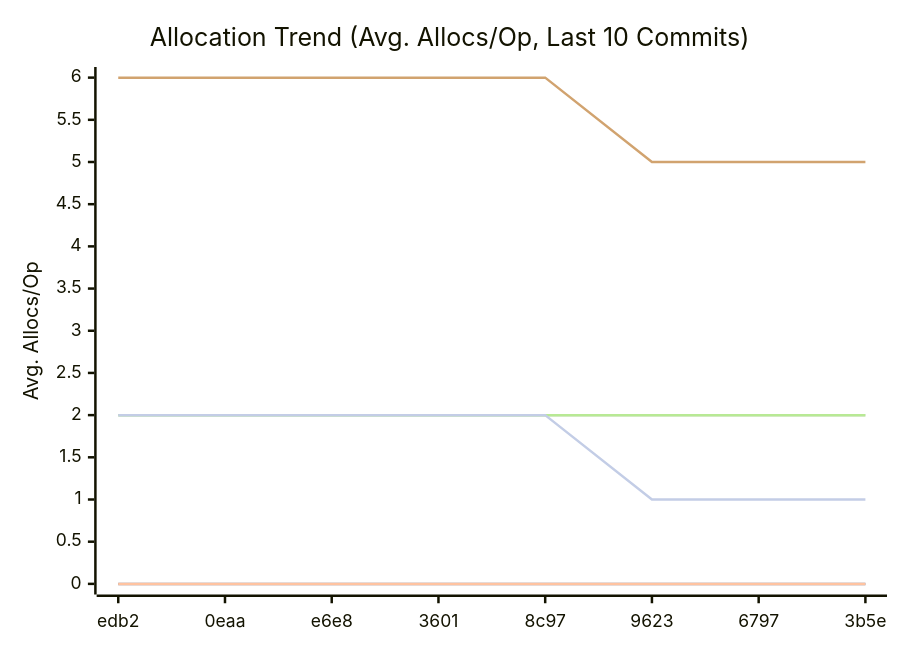
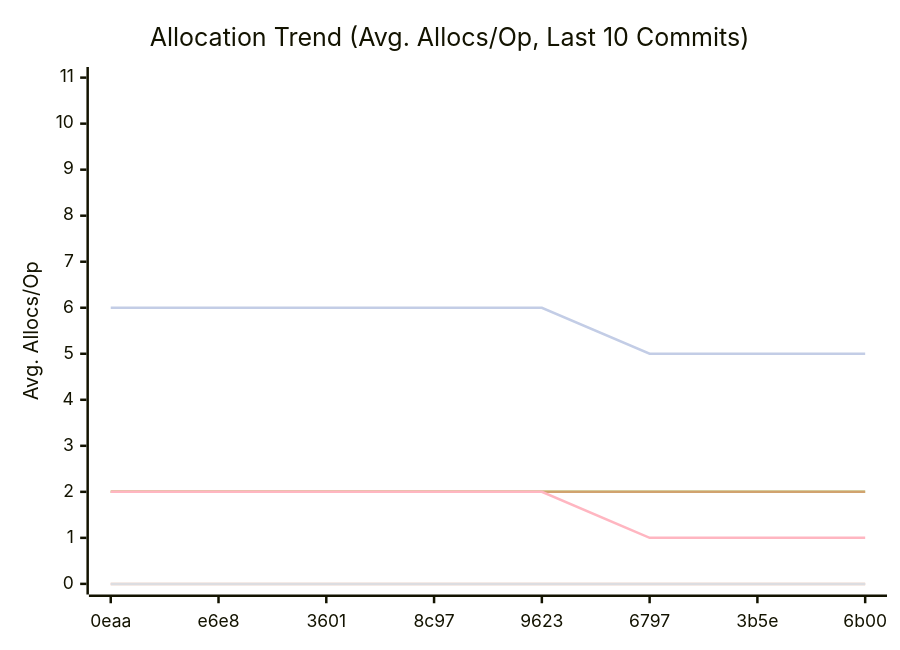
The third of 3 diagrams in docs/README.md (alsotoes/momo), drawn with Mermaid before and after one commit. The commit also changed other lines of this file and 1 other file, not shown here.

````diff
--- a/docs/README.md
+++ b/docs/README.md
@@ -333,14 +339,15 @@
 ```mermaid
 xychart-beta
     title "Allocation Trend (Avg. Allocs/Op, Last 10 Commits)"
     x-axis "Commit"
     y-axis "Avg. Allocs/Op"
-    x-axis [edb2,0eaa,e6e8,3601,8c97,9623,6797,3b5e]
+    x-axis [0eaa,e6e8,3601,8c97,9623,6797,3b5e,6b00]
     line "CheckMetricsAndSwap" [0,0,0,0,0,0,0,0,0,0]
+    line "HashFile" [11]
     line "IndexDirectTracking" [0,0,0,0,0,0,0,0,0,0]
     line "IndexSearch" [0,0,0,0,0,0,0,0,0,0]
     line "LoadGlobalConfig" [2,2,2,2,2,2,2,2,2,2]
     line "PadString" [2,2,2,2,2,2,2,2,2,2]
     line "ParseReplicationOrder_NoPrealloc" [6,6,6,6,6,5,5,5,5,5]
     line "ParseReplicationOrder_Prealloc" [2,2,2,2,2,1,1,1,1,1]
 ```
````
